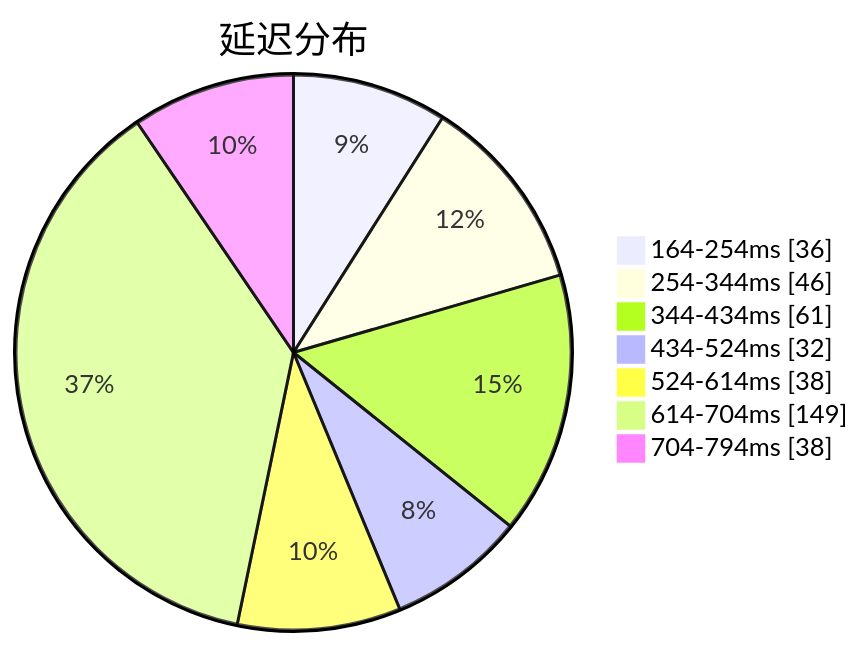
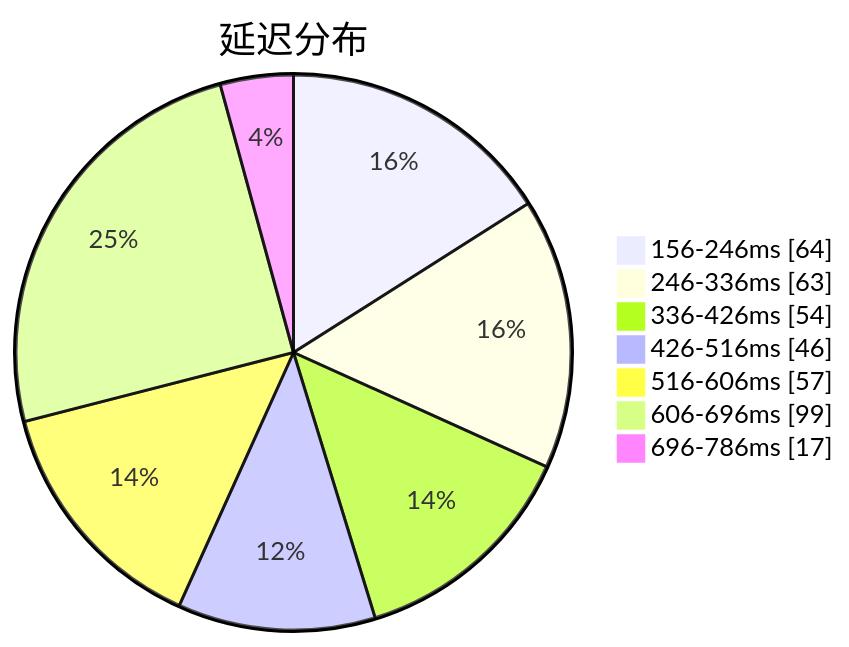
The first of 3 diagrams in subs/statistics/tested_within.md (qjlxg/airport), drawn with Mermaid before and after one commit. The commit also changed other lines of this file and 2 other files, not shown here.

````diff
--- a/subs/statistics/tested_within.md
+++ b/subs/statistics/tested_within.md
@@ -2,11 +2,11 @@
 ```mermaid
 pie showData
 title 延迟分布
-"164-254ms" : 36
-"254-344ms" : 46
-"344-434ms" : 61
-"434-524ms" : 32
-"524-614ms" : 38
-"614-704ms" : 149
-"704-794ms" : 38
+"156-246ms" : 64
+"246-336ms" : 63
+"336-426ms" : 54
+"426-516ms" : 46
+"516-606ms" : 57
+"606-696ms" : 99
+"696-786ms" : 17
 ```
````
